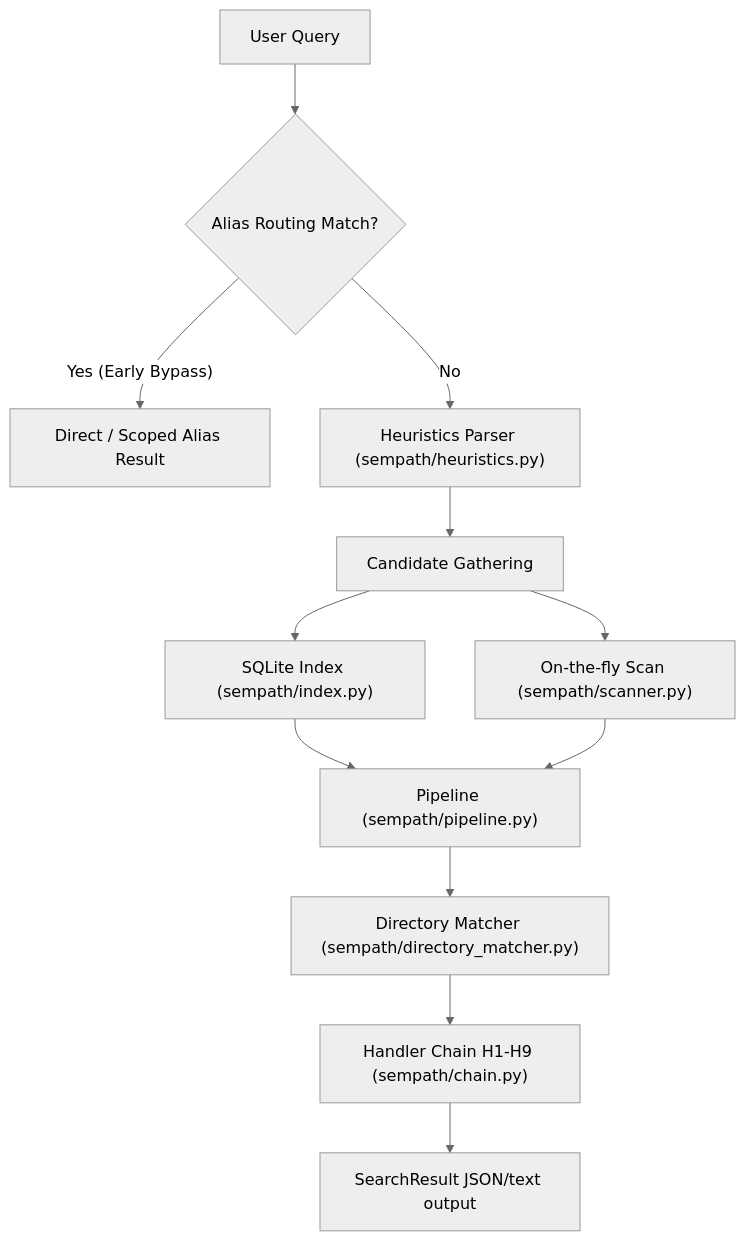
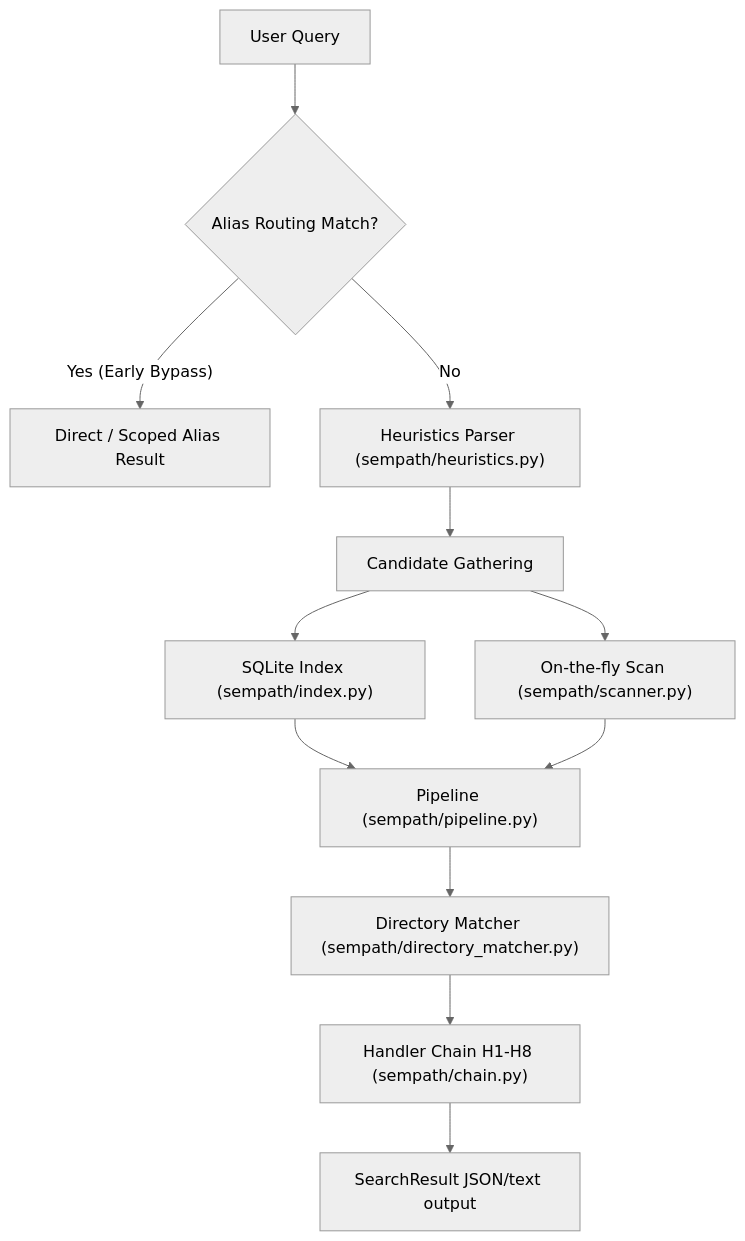
One commit to onth0s/Semantic-Search changed the diagram in README.md. Above: the diagram before and after it, drawn with Mermaid (neutral theme). The commit also changed other lines of this file and 11 other files, not shown here.

````diff
--- a/README.md
+++ b/README.md
@@ -75,14 +75,14 @@
 ```mermaid
 graph TD
     UserQuery["User Query"] --> Routing{"Alias Routing Match?"}
     Routing -- Yes (Early Bypass) --> DirectResult["Direct / Scoped Alias Result"]
     Routing -- No --> Heuristics["Heuristics Parser (sempath/heuristics.py)"]
     Heuristics --> Candidates["Candidate Gathering"]
     Candidates --> Index["SQLite Index (sempath/index.py)"]
     Candidates --> Scan["On-the-fly Scan (sempath/scanner.py)"]
     Index --> Pipeline["Pipeline (sempath/pipeline.py)"]
     Scan --> Pipeline
     Pipeline --> DirMatcher["Directory Matcher (sempath/directory_matcher.py)"]
-    DirMatcher --> Chain["Handler Chain H1-H9 (sempath/chain.py)"]
+    DirMatcher --> Chain["Handler Chain H1-H8 (sempath/chain.py)"]
     Chain --> Result["SearchResult JSON/text output"]
 ```
````
